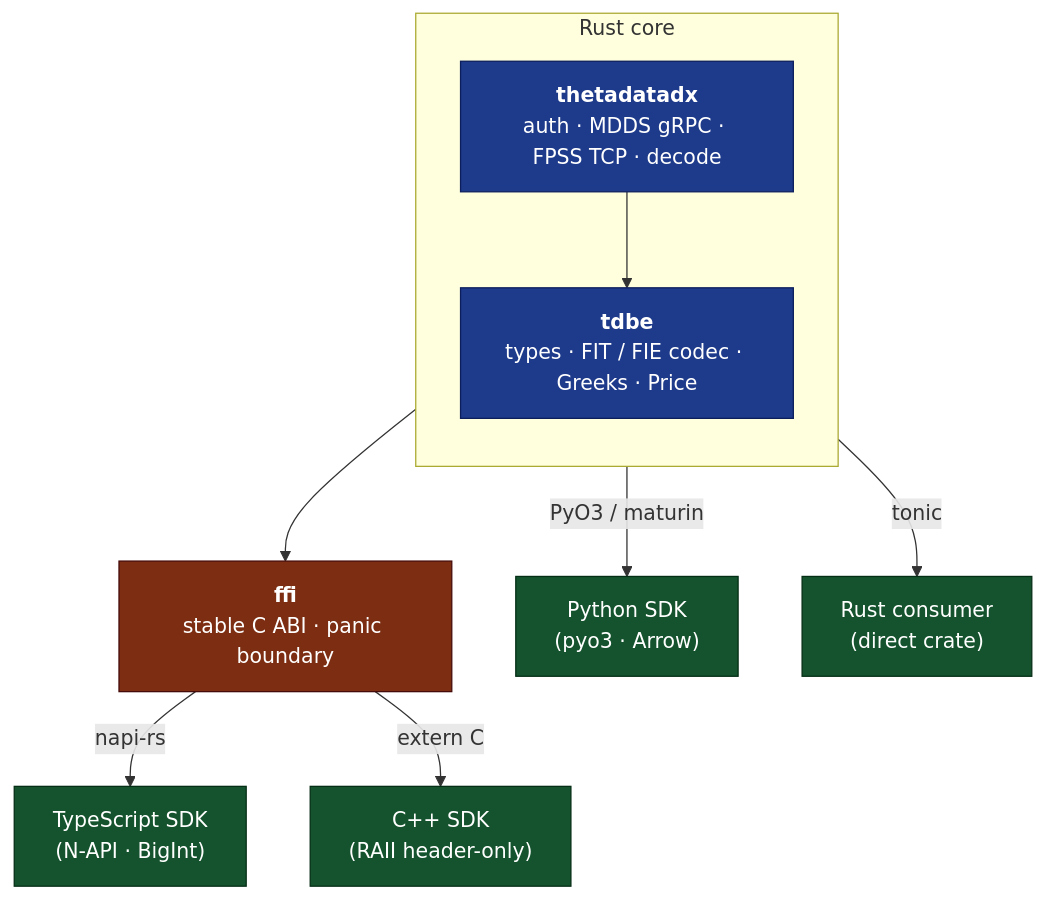
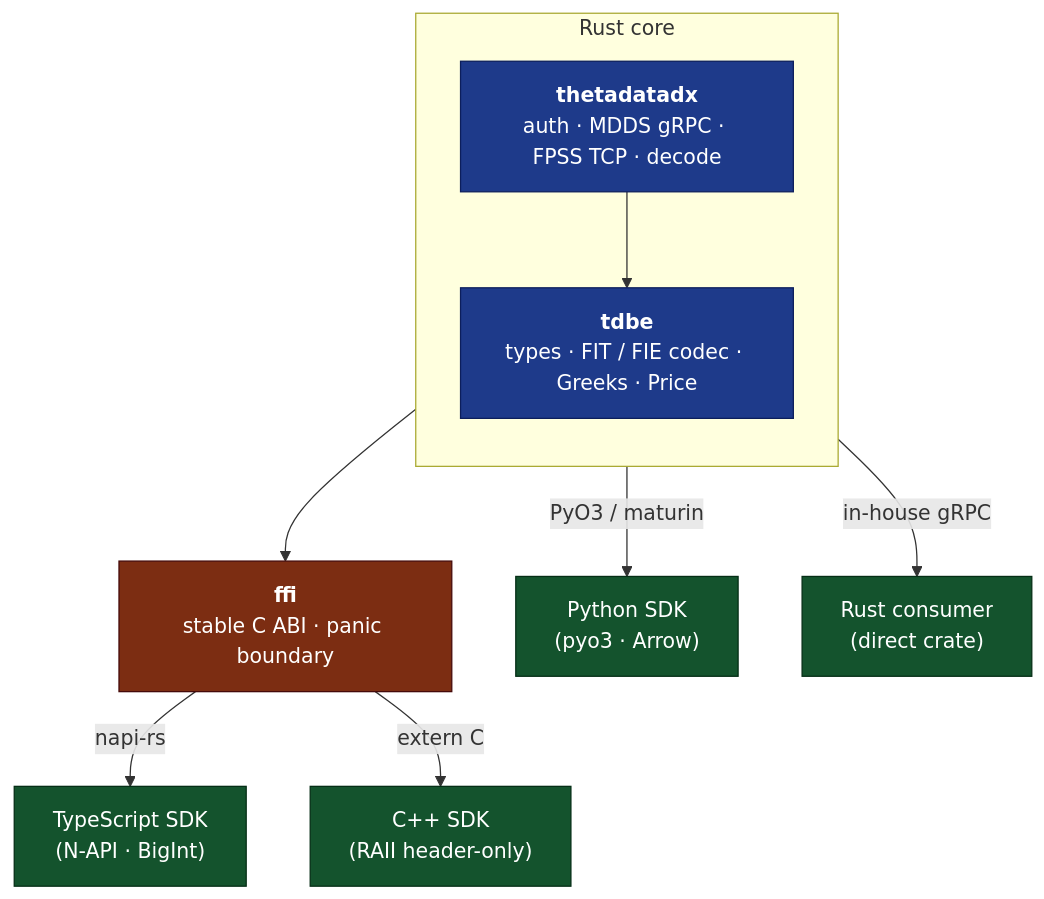
The diagram in README.md (userFRM/ThetaDataDx), drawn with Mermaid before and after one commit. The commit also changed other lines of this file and 11 other files, not shown here.

````diff
--- a/README.md
+++ b/README.md
@@ -185,24 +187,24 @@
 ```mermaid
 flowchart TB
     subgraph core["Rust core"]
         direction TB
         thetadatadx["<b>thetadatadx</b><br/>auth · MDDS gRPC · FPSS TCP · decode"]
         tdbe["<b>tdbe</b><br/>types · FIT / FIE codec · Greeks · Price"]
         thetadatadx --> tdbe
     end
 
     ffi["<b>ffi</b><br/>stable C ABI · panic boundary"]
     core --> ffi
 
     core -->|PyO3 / maturin| python["Python SDK<br/>(pyo3 · Arrow)"]
     ffi -->|napi-rs| ts["TypeScript SDK<br/>(N-API · BigInt)"]
     ffi -->|extern C| cpp["C++ SDK<br/>(RAII header-only)"]
-    core -->|tonic| rust["Rust consumer<br/>(direct crate)"]
+    core -->|in-house gRPC| rust["Rust consumer<br/>(direct crate)"]
 
     classDef coreStyle fill:#1e3a8a,stroke:#0c1e5c,color:#fff
     classDef ffiStyle fill:#7c2d12,stroke:#450a0a,color:#fff
     classDef sdkStyle fill:#14532d,stroke:#052e16,color:#fff
     class thetadatadx,tdbe coreStyle
     class ffi ffiStyle
     class python,ts,cpp,rust sdkStyle
 ```
````
